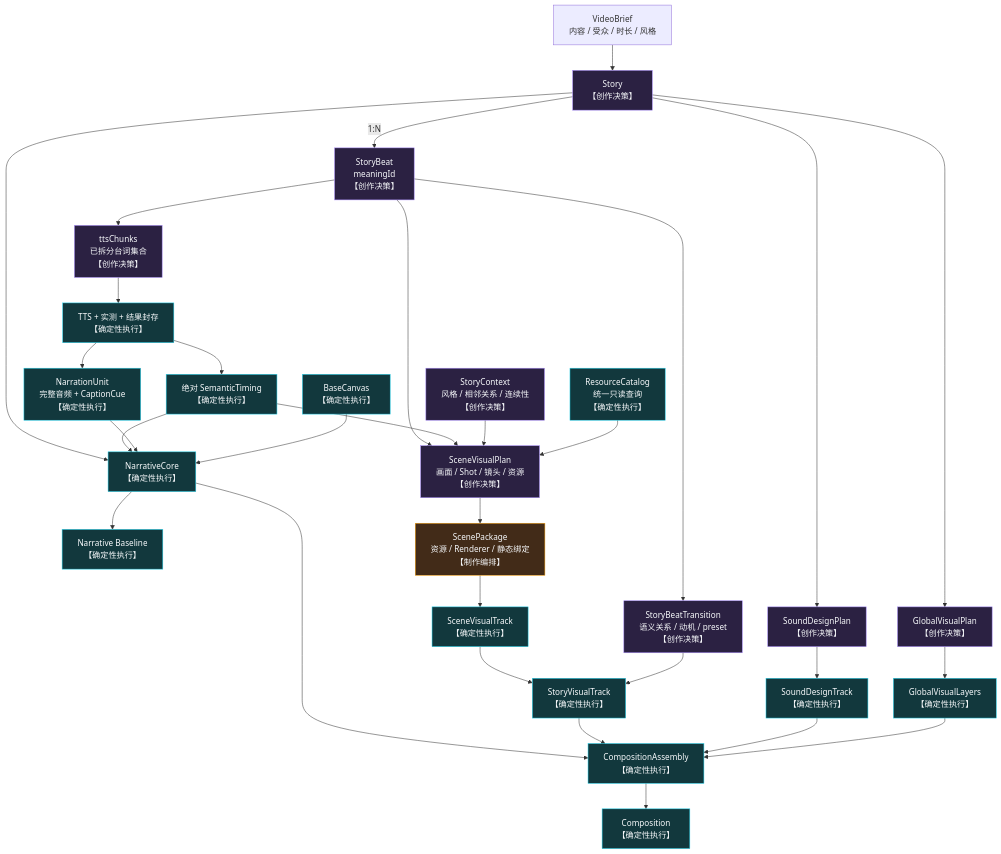
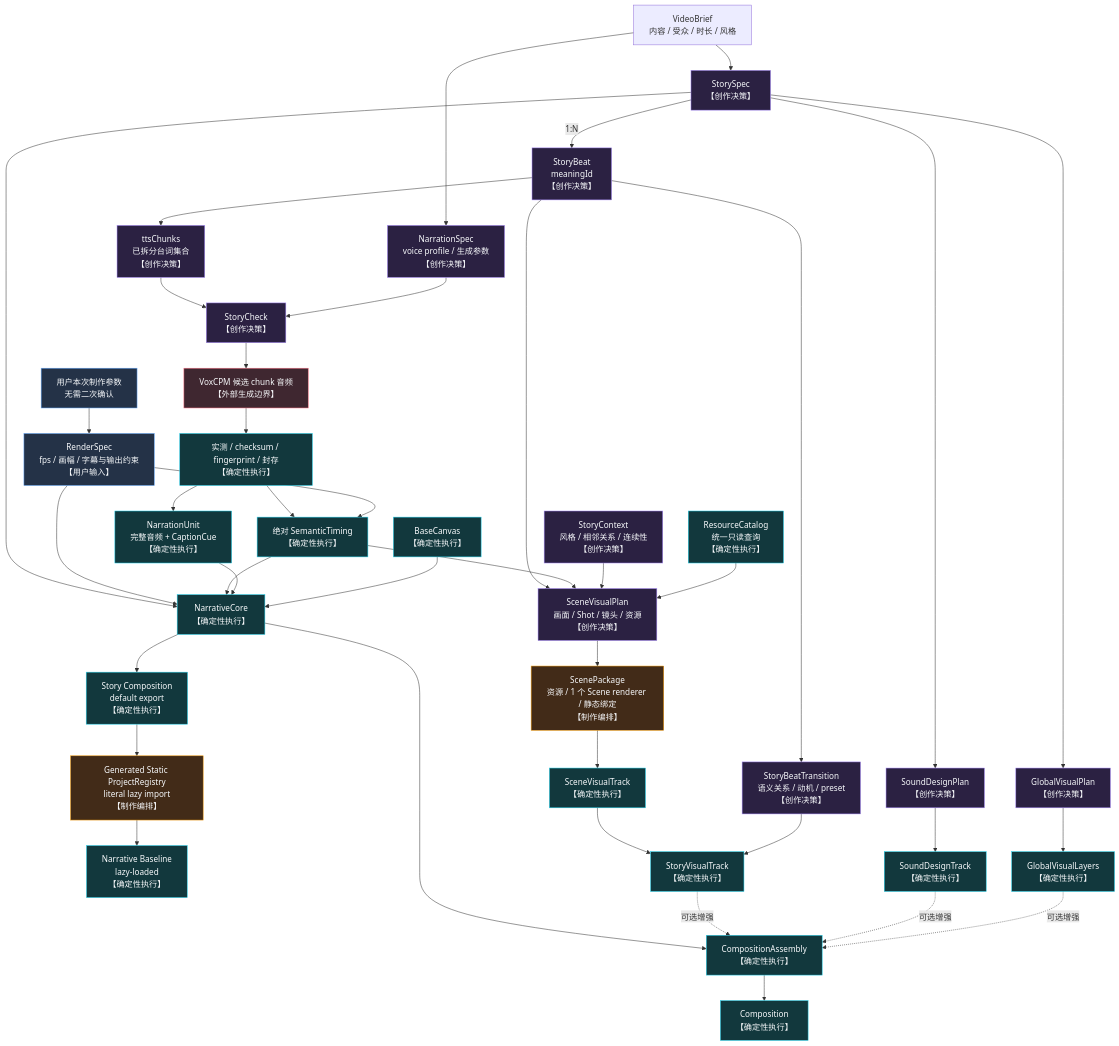
Before and after one commit to AXMORF/axmorf-studio: the first of 2 diagrams in docs/ARCHITECTURE.md, drawn with Mermaid. The commit also changed other lines of this file and 11 other files, not shown here.

````diff
--- a/docs/ARCHITECTURE.md
+++ b/docs/ARCHITECTURE.md
@@ -17,44 +72,57 @@
 ```mermaid
 flowchart TB
-    Brief["VideoBrief<br/>内容 / 受众 / 时长 / 风格"] --> Story["Story<br/>【创作决策】"]
+    Brief["VideoBrief<br/>内容 / 受众 / 时长 / 风格"] --> Story["StorySpec<br/>【创作决策】"]
+    Brief --> NarrationSpec["NarrationSpec<br/>voice profile / 生成参数<br/>【创作决策】"]
+    RenderInput["用户本次制作参数<br/>无需二次确认"] --> RenderSpec["RenderSpec<br/>fps / 画幅 / 字幕与输出约束<br/>【用户输入】"]
     Story -->|"1:N"| Beat["StoryBeat<br/>meaningId<br/>【创作决策】"]
 
     Beat --> Chunks["ttsChunks<br/>已拆分台词集合<br/>【创作决策】"]
-    Chunks --> TTS["TTS + 实测 + 结果封存<br/>【确定性执行】"]
-    TTS --> Timing["绝对 SemanticTiming<br/>【确定性执行】"]
-    TTS --> Narration["NarrationUnit<br/>完整音频 + CaptionCue<br/>【确定性执行】"]
+    Chunks --> StoryCheck["StoryCheck<br/>【创作决策】"]
+    NarrationSpec --> StoryCheck
+    StoryCheck --> Generate["VoxCPM 候选 chunk 音频<br/>【外部生成边界】"]
+    Generate --> Seal["实测 / checksum / fingerprint / 封存<br/>【确定性执行】"]
+    Seal --> Timing["绝对 SemanticTiming<br/>【确定性执行】"]
+    RenderSpec --> Timing
+    Seal --> Narration["NarrationUnit<br/>完整音频 + CaptionCue<br/>【确定性执行】"]
     Story --> Core["NarrativeCore<br/>【确定性执行】"]
+    RenderSpec --> Core
     Timing --> Core
     Narration --> Core
     Base["BaseCanvas<br/>【确定性执行】"] --> Core
-    Core --> Baseline["Narrative Baseline<br/>【确定性执行】"]
+    Core --> StoryComposition["Story Composition<br/>default export<br/>【确定性执行】"]
+    StoryComposition --> ProjectRegistry["Generated Static ProjectRegistry<br/>literal lazy import<br/>【制作编排】"]
+    ProjectRegistry --> Baseline["Narrative Baseline<br/>lazy-loaded<br/>【确定性执行】"]
 
     Beat --> Plan["SceneVisualPlan<br/>画面 / Shot / 镜头 / 资源<br/>【创作决策】"]
     Timing --> Plan
     Context["StoryContext<br/>风格 / 相邻关系 / 连续性<br/>【创作决策】"] --> Plan
     Catalog["ResourceCatalog<br/>统一只读查询<br/>【确定性执行】"] --> Plan
-    Plan --> Package["ScenePackage<br/>资源 / Renderer / 静态绑定<br/>【制作编排】"]
+    Plan --> Package["ScenePackage<br/>资源 / 1 个 Scene renderer / 静态绑定<br/>【制作编排】"]
     Package --> VisualUnit["SceneVisualTrack<br/>【确定性执行】"]
 
     Beat --> Transition["StoryBeatTransition<br/>语义关系 / 动机 / preset<br/>【创作决策】"]
     VisualUnit --> Visual["StoryVisualTrack<br/>【确定性执行】"]
     Transition --> Visual
 
     Story --> SoundPlan["SoundDesignPlan<br/>【创作决策】"]
     SoundPlan --> Sound["SoundDesignTrack<br/>【确定性执行】"]
     Story --> GlobalPlan["GlobalVisualPlan<br/>【创作决策】"]
     GlobalPlan --> Global["GlobalVisualLayers<br/>【确定性执行】"]
 
     Core --> Assembly["CompositionAssembly<br/>【确定性执行】"]
-    Visual --> Assembly
-    Sound --> Assembly
-    Global --> Assembly
+    Visual -.->|"可选增强"| Assembly
+    Sound -.->|"可选增强"| Assembly
+    Global -.->|"可选增强"| Assembly
     Assembly --> Composition["Composition<br/>【确定性执行】"]
 
+    classDef input fill:#243247,stroke:#60a5fa,color:#f8fafc;
     classDef creative fill:#2b2142,stroke:#a78bfa,color:#f8fafc;
     classDef orchestration fill:#422b18,stroke:#f59e0b,color:#f8fafc;
     classDef deterministic fill:#12383d,stroke:#22d3ee,color:#f8fafc;
-    class Story,Beat,Chunks,Plan,Context,Transition,SoundPlan,GlobalPlan creative;
-    class Package orchestration;
-    class TTS,Timing,Narration,Core,Base,Baseline,Catalog,VisualUnit,Visual,Sound,Global,Assembly,Composition deterministic;
+    classDef external fill:#3f2730,stroke:#fb7185,color:#f8fafc;
+    class RenderInput,RenderSpec input;
+    class Story,NarrationSpec,Beat,Chunks,StoryCheck,Plan,Context,Transition,SoundPlan,GlobalPlan creative;
+    class Package,ProjectRegistry orchestration;
+    class Generate external;
+    class Seal,Timing,Narration,Core,Base,StoryComposition,Baseline,Catalog,VisualUnit,Visual,Sound,Global,Assembly,Composition deterministic;
 ```
````
